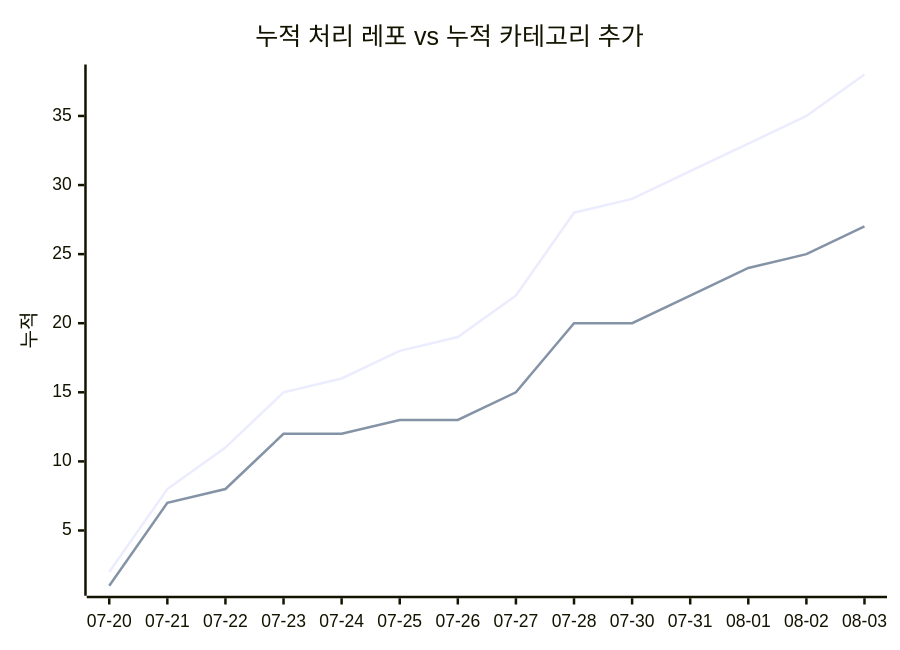
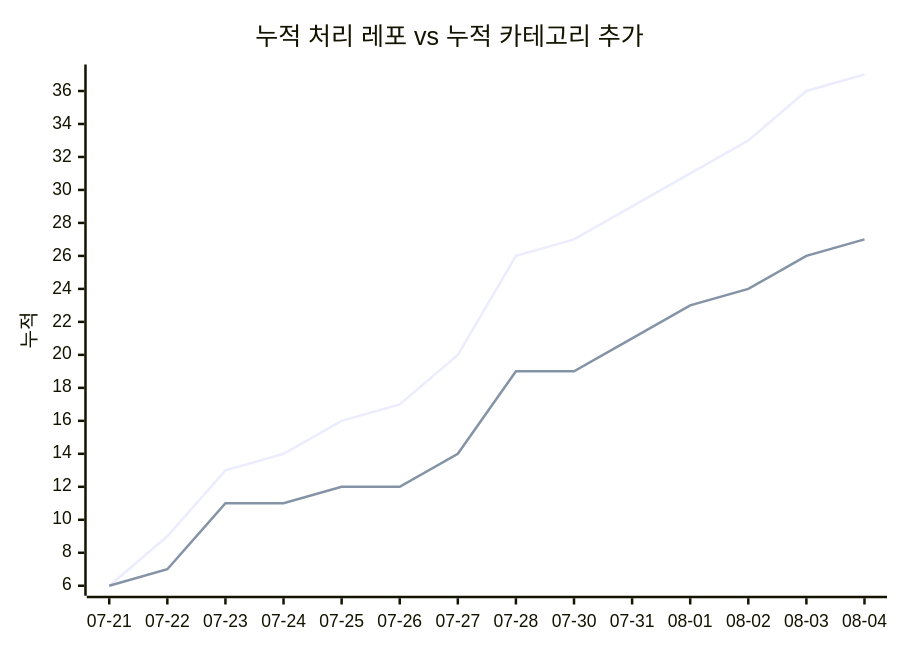
The second of 2 diagrams in docs/trends.md (J-nowcow/awesome-korean-agent-skills), drawn with Mermaid before and after one commit. The commit also changed other lines of this file and 4 other files, not shown here.

````diff
--- a/docs/trends.md
+++ b/docs/trends.md
@@ -68,8 +68,8 @@
 ```mermaid
 xychart-beta
     title "누적 처리 레포 vs 누적 카테고리 추가"
-    x-axis ["07-20","07-21","07-22","07-23","07-24","07-25","07-26","07-27","07-28","07-30","07-31","08-01","08-02","08-03"]
+    x-axis ["07-21","07-22","07-23","07-24","07-25","07-26","07-27","07-28","07-30","07-31","08-01","08-02","08-03","08-04"]
     y-axis "누적"
-    line [2,8,11,15,16,18,19,22,28,29,31,33,35,38]
-    line [1,7,8,12,12,13,13,15,20,20,22,24,25,27]
+    line [6,9,13,14,16,17,20,26,27,29,31,33,36,37]
+    line [6,7,11,11,12,12,14,19,19,21,23,24,26,27]
 ```
````
